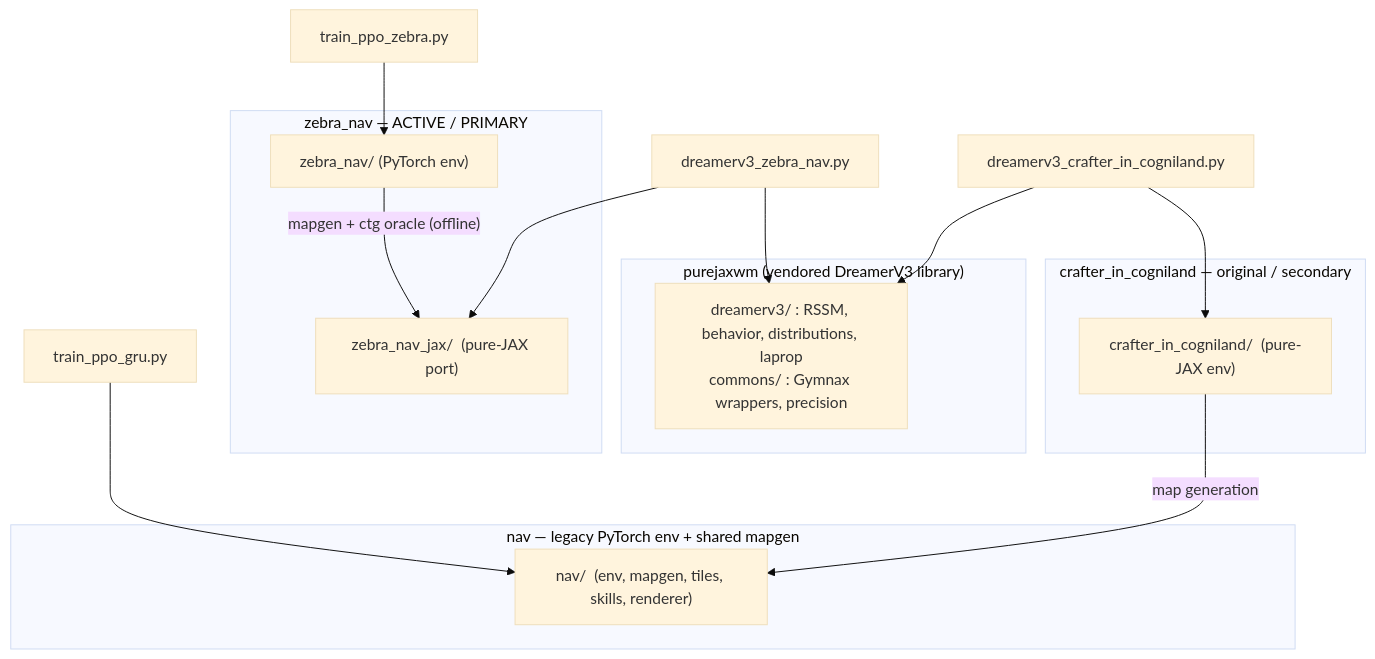
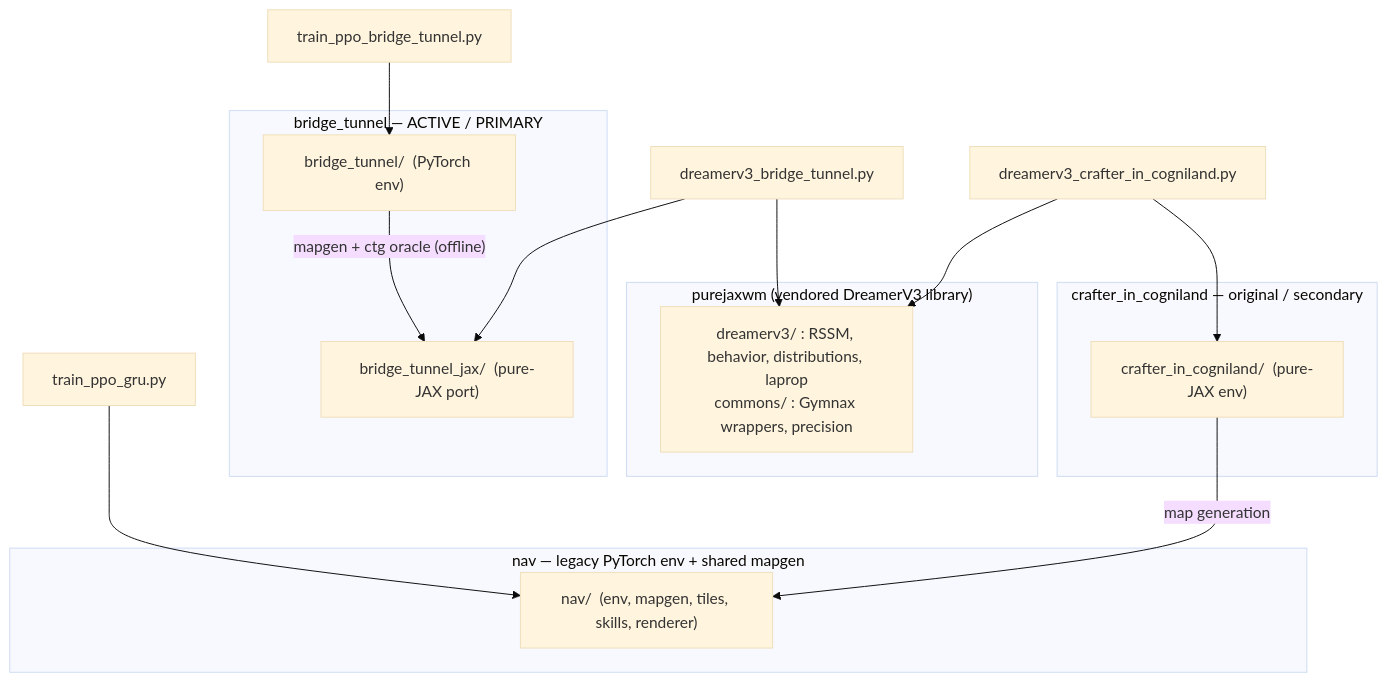
Before and after one commit to 0xbadc0ffe/Crusoe-Cogniland: the first of 3 diagrams in docs/codebase_map.md, drawn with Mermaid (base theme). The commit also changed other lines of this file and 91 other files, not shown here.

First line of the commit message:
rename: zebra_nav → bridge_tunnel (env, modules, scripts, tests, models, paper, docs)

````diff
--- a/docs/codebase_map.md
+++ b/docs/codebase_map.md
@@ -20,31 +20,31 @@
 ```mermaid
 flowchart TB
     subgraph PURE["purejaxwm  (vendored DreamerV3 library)"]
         PJ["dreamerv3/ : RSSM, behavior, distributions, laprop<br/>commons/ : Gymnax wrappers, precision"]
     end
 
-    subgraph ZEBRA["zebra_nav  —  ACTIVE / PRIMARY"]
-        ZT["zebra_nav/  (PyTorch env)"]
-        ZJ["zebra_nav_jax/  (pure-JAX port)"]
+    subgraph BRIDGE_TUNNEL["bridge_tunnel  —  ACTIVE / PRIMARY"]
+        ZT["bridge_tunnel/  (PyTorch env)"]
+        ZJ["bridge_tunnel_jax/  (pure-JAX port)"]
         ZT -- "mapgen + ctg oracle (offline)" --> ZJ
     end
 
     subgraph CRAFT["crafter_in_cogniland  —  original / secondary"]
         CE["crafter_in_cogniland/  (pure-JAX env)"]
     end
 
     subgraph NAV["nav  —  legacy PyTorch env + shared mapgen"]
         NV["nav/  (env, mapgen, tiles, skills, renderer)"]
     end
 
     %% trainers
-    DZ["dreamerv3_zebra_nav.py"] --> ZJ
+    DZ["dreamerv3_bridge_tunnel.py"] --> ZJ
     DZ --> PJ
-    PZ["train_ppo_zebra.py"] --> ZT
+    PZ["train_ppo_bridge_tunnel.py"] --> ZT
 
     DC["dreamerv3_crafter_in_cogniland.py"] --> CE
     DC --> PJ
     PG["train_ppo_gru.py"] --> NV
 
     CE -- "map generation" --> NV
 ```
````
